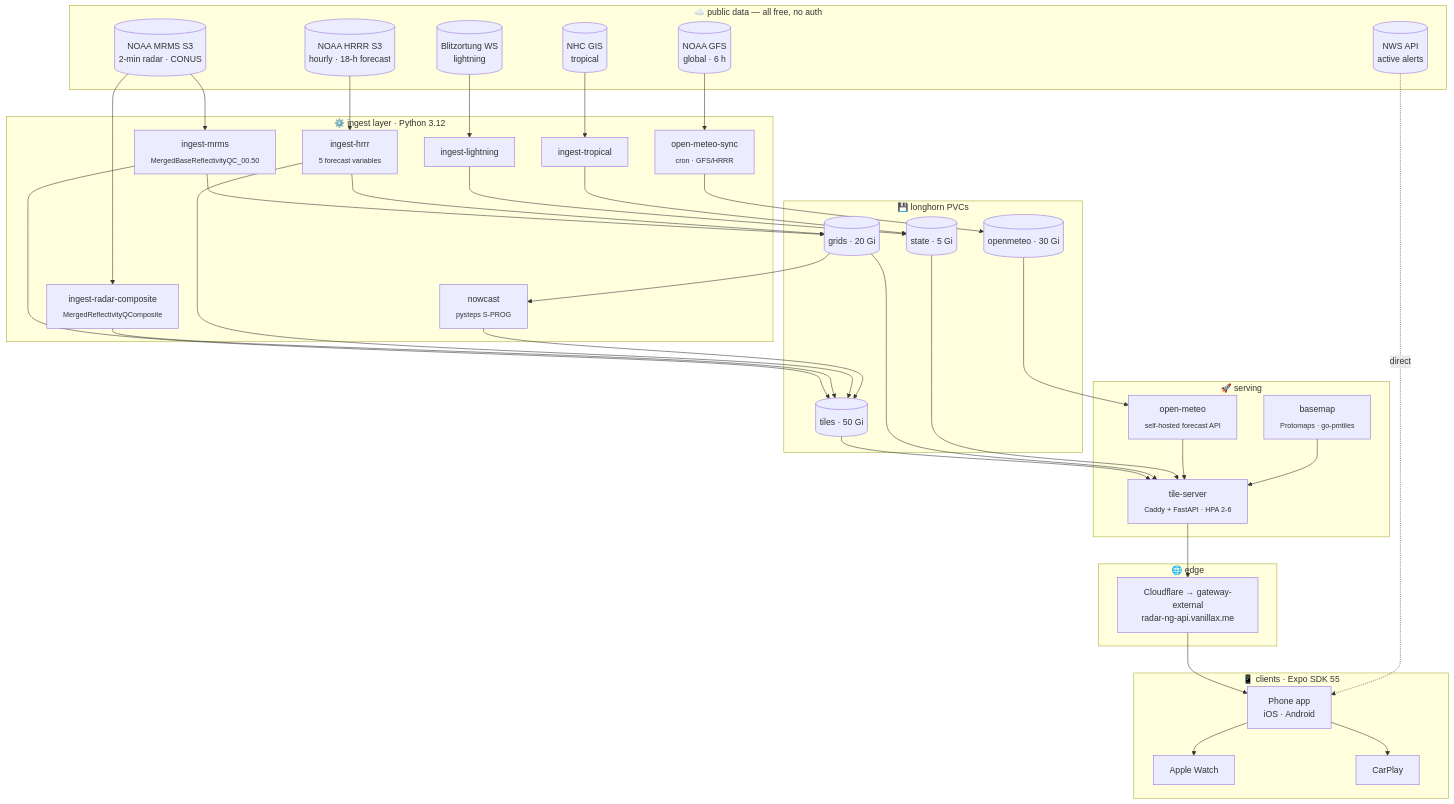
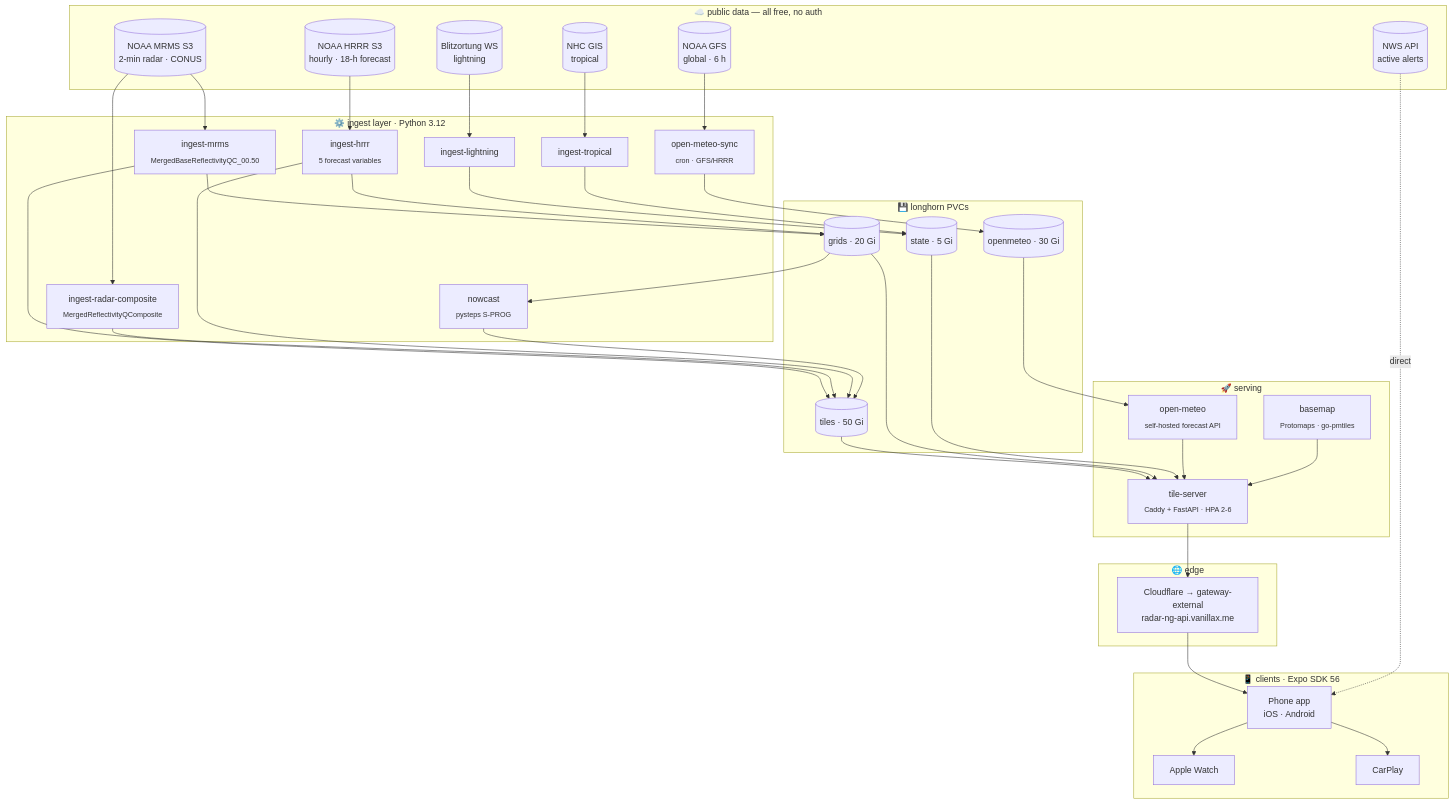
Before and after one commit to mitchross/radar-ng: the first of 7 diagrams in README.md, drawn with Mermaid. The commit also changed other lines of this file and 6 other files, not shown here.

````diff
--- a/README.md
+++ b/README.md
@@ -29,70 +43,70 @@
 ```mermaid
 flowchart TB
     subgraph Sources["☁️ public data — all free, no auth"]
         MRMS[("NOAA MRMS S3<br/>2-min radar · CONUS")]
         HRRR[("NOAA HRRR S3<br/>hourly · 18-h forecast")]
         GFS[("NOAA GFS<br/>global · 6 h")]
         NLDN[("Blitzortung WS<br/>lightning")]
         NHC[("NHC GIS<br/>tropical")]
         NWS[("NWS API<br/>active alerts")]
     end
 
     subgraph Ingest["⚙️ ingest layer · Python 3.12"]
         IM["ingest-mrms<br/><sub>MergedBaseReflectivityQC_00.50</sub>"]
         IRC["ingest-radar-composite<br/><sub>MergedReflectivityQComposite</sub>"]
         IH["ingest-hrrr<br/><sub>5 forecast variables</sub>"]
         IL["ingest-lightning"]
         IT["ingest-tropical"]
         NOW["nowcast<br/><sub>pysteps S-PROG</sub>"]
         OMS["open-meteo-sync<br/><sub>cron · GFS/HRRR</sub>"]
     end
 
     subgraph Storage["💾 longhorn PVCs"]
         TILES[("tiles · 50 Gi")]
         GRIDS[("grids · 20 Gi")]
         STATE[("state · 5 Gi")]
         OMD[("openmeteo · 30 Gi")]
     end
 
     subgraph Serving["🚀 serving"]
         TS["tile-server<br/><sub>Caddy + FastAPI · HPA 2-6</sub>"]
         BM["basemap<br/><sub>Protomaps · go-pmtiles</sub>"]
         OM["open-meteo<br/><sub>self-hosted forecast API</sub>"]
     end
 
     subgraph Edge["🌐 edge"]
         GW["Cloudflare → gateway-external<br/>radar-ng-api.vanillax.me"]
     end
 
-    subgraph Client["📱 clients · Expo SDK 55"]
+    subgraph Client["📱 clients · Expo SDK 56"]
         APP["Phone app<br/>iOS · Android"]
         WATCH["Apple Watch"]
         CAR["CarPlay"]
     end
 
     MRMS --> IM & IRC
     HRRR --> IH
     GFS --> OMS
     NLDN --> IL
     NHC --> IT
 
     IM --> TILES & GRIDS
     IRC --> TILES
     IH --> TILES & GRIDS
     IL --> STATE
     IT --> STATE
     OMS --> OMD
     GRIDS --> NOW --> TILES
     OMD --> OM
 
     TILES --> TS
     GRIDS --> TS
     STATE --> TS
     OM --> TS
     BM --> TS
 
     TS --> GW
     GW --> APP
     NWS -.direct.-> APP
     APP --> WATCH & CAR
 ```
````
